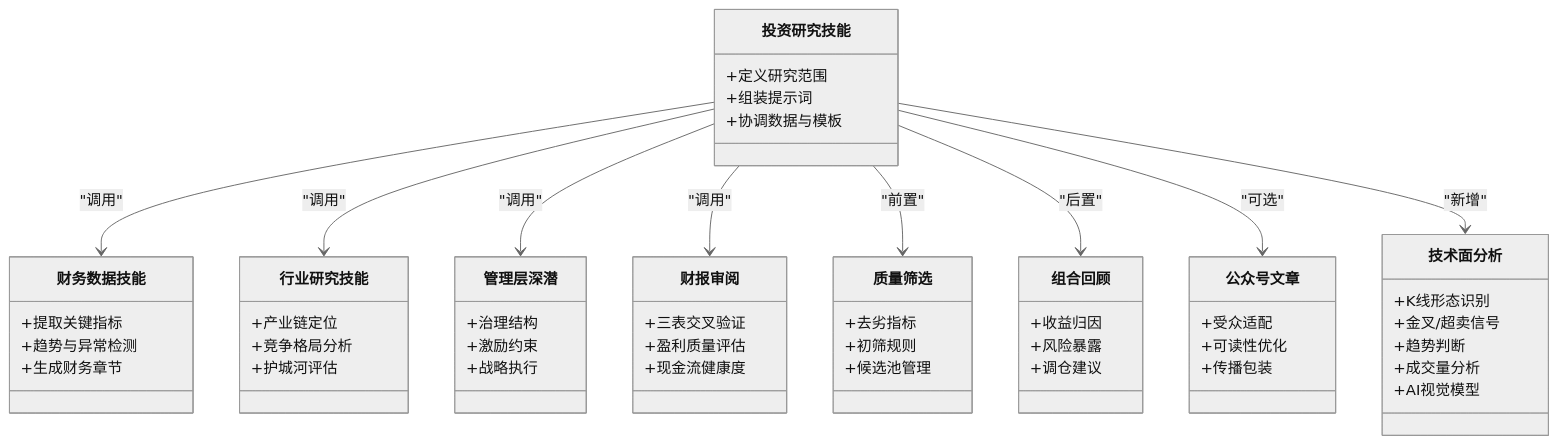
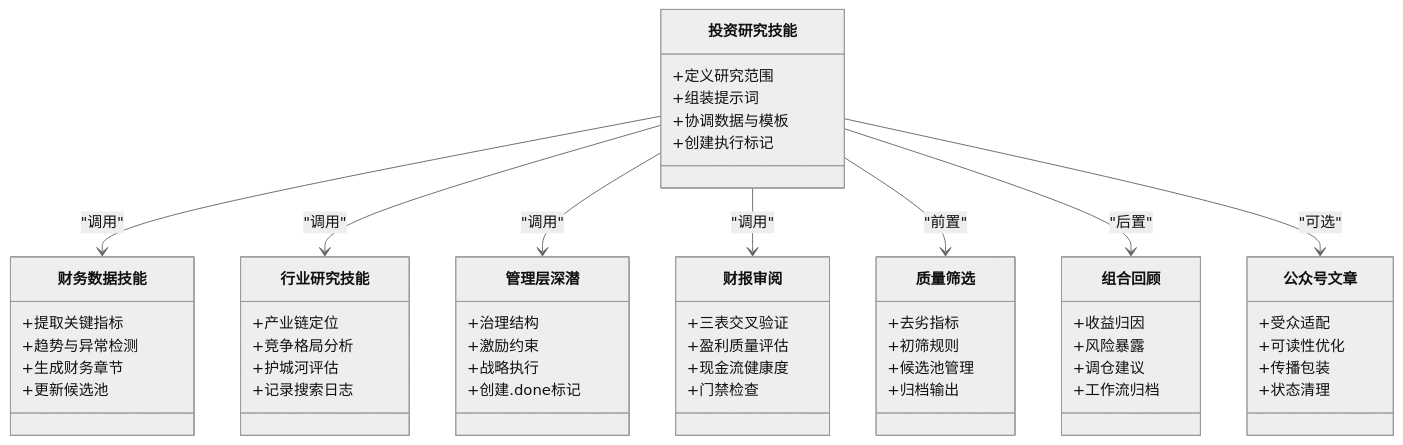
The fourth of 9 diagrams in .qoder/repowiki/zh/content/报告生成系统/报告生成系统.md (Ted-Engineer/ai-berkshire), drawn with Mermaid (neutral theme) before and after one commit. The commit also changed other lines of this file and 76 other files, not shown here.

````diff
--- a/.qoder/repowiki/zh/content/报告生成系统/报告生成系统.md
+++ b/.qoder/repowiki/zh/content/报告生成系统/报告生成系统.md
@@ -253,58 +280,58 @@
 ```mermaid
 classDiagram
 class 投资研究技能 {
 +定义研究范围
 +组装提示词
 +协调数据与模板
++创建执行标记
 }
 class 财务数据技能 {
 +提取关键指标
 +趋势与异常检测
 +生成财务章节
++更新候选池
 }
 class 行业研究技能 {
 +产业链定位
 +竞争格局分析
 +护城河评估
++记录搜索日志
 }
 class 管理层深潜 {
 +治理结构
 +激励约束
 +战略执行
++创建.done标记
 }
 class 财报审阅 {
 +三表交叉验证
 +盈利质量评估
 +现金流健康度
++门禁检查
 }
 class 质量筛选 {
 +去劣指标
 +初筛规则
 +候选池管理
++归档输出
 }
 class 组合回顾 {
 +收益归因
 +风险暴露
 +调仓建议
++工作流归档
 }
 class 公众号文章 {
 +受众适配
 +可读性优化
 +传播包装
-}
-class 技术面分析 {
-+K线形态识别
-+金叉/超卖信号
-+趋势判断
-+成交量分析
-+AI视觉模型
++状态清理
 }
 投资研究技能 --> 财务数据技能 : "调用"
 投资研究技能 --> 行业研究技能 : "调用"
 投资研究技能 --> 管理层深潜 : "调用"
 投资研究技能 --> 财报审阅 : "调用"
 投资研究技能 --> 质量筛选 : "前置"
 投资研究技能 --> 组合回顾 : "后置"
 投资研究技能 --> 公众号文章 : "可选"
-投资研究技能 --> 技术面分析 : "新增"
 ```
````
